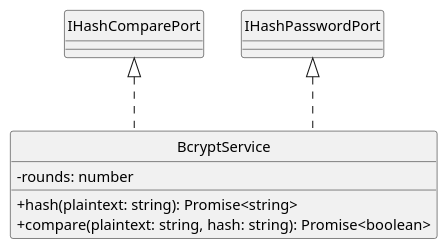
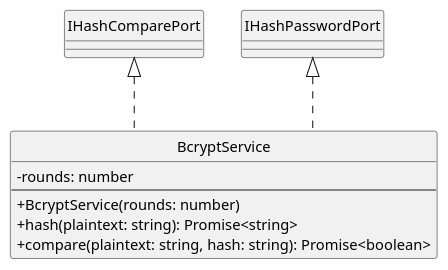
Before and after one commit to SkarabGroup/DocumentazioneProgetto: the diagram in assets/st_diagrams/code/plantuml/account/infrastructure/adapters/bcrypt.service.plantuml, drawn with PlantUML. The commit also changed 3 other files, not shown here.

```diff
--- a/assets/st_diagrams/code/plantuml/account/infrastructure/adapters/bcrypt.service.plantuml
+++ b/assets/st_diagrams/code/plantuml/account/infrastructure/adapters/bcrypt.service.plantuml
@@ -1,20 +1,22 @@
 @startuml BcryptService
 
 skinparam componentStyle uml2.5
 skinparam linetype ortho
 skinparam nodesep auto
 skinparam ranksep 70
 skinparam ClassAttributeIconSize 0
 hide circles
 
 class BcryptService {
     - rounds: number
+    ---
+    + BcryptService(rounds: number)
     + hash(plaintext: string): Promise<string>
     + compare(plaintext: string, hash: string): Promise<boolean>
 }
 
 ' Relations
 BcryptService ..up|> IHashPasswordPort
 BcryptService ..up|> IHashComparePort
 
 @enduml
```
